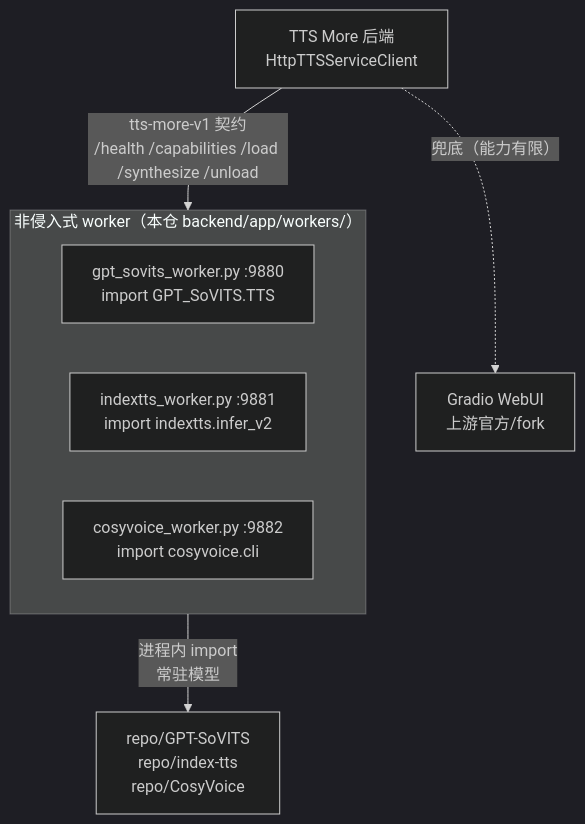
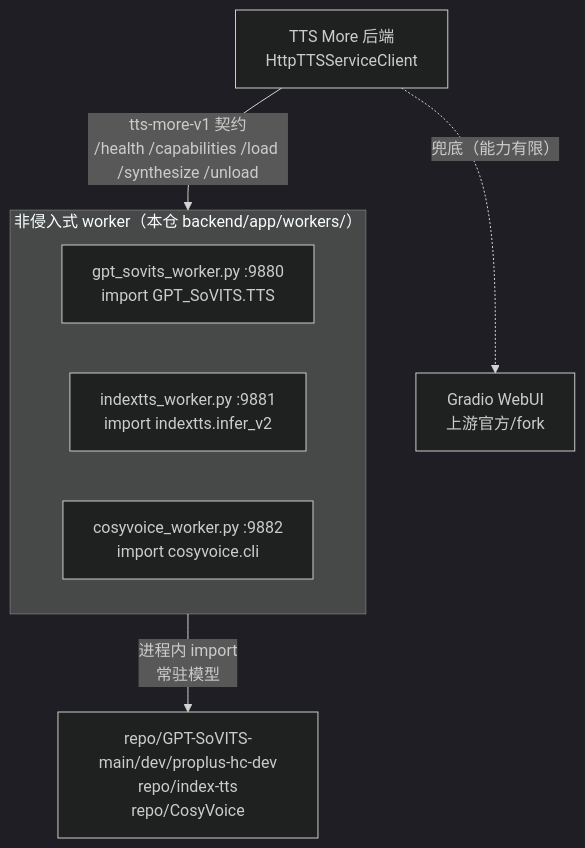
Before and after one commit to XucroYuri/TTS_more: the first of 2 diagrams in docs/workers.md, drawn with Mermaid (dark theme). The commit also changed other lines of this file and 26 other files, not shown here.

````diff
--- a/docs/workers.md
+++ b/docs/workers.md
@@ -7,11 +7,11 @@
 ```mermaid
 flowchart TD
     App["TTS More 后端<br/>HttpTTSServiceClient"] -- "tts-more-v1 契约<br/>/health /capabilities /load /synthesize /unload" --> Workers
     subgraph Workers["非侵入式 worker（本仓 backend/app/workers/）"]
       W1["gpt_sovits_worker.py :9880<br/>import GPT_SoVITS.TTS"]
       W2["indextts_worker.py :9881<br/>import indextts.infer_v2"]
       W3["cosyvoice_worker.py :9882<br/>import cosyvoice.cli"]
     end
-    Workers -- "进程内 import<br/>常驻模型" --> Repos["repo/GPT-SoVITS<br/>repo/index-tts<br/>repo/CosyVoice"]
+    Workers -- "进程内 import<br/>常驻模型" --> Repos["repo/GPT-SoVITS-main/dev/proplus-hc-dev<br/>repo/index-tts<br/>repo/CosyVoice"]
     App -. "兜底（能力有限）" .-> Gradio["Gradio WebUI<br/>上游官方/fork"]
 ```
````
